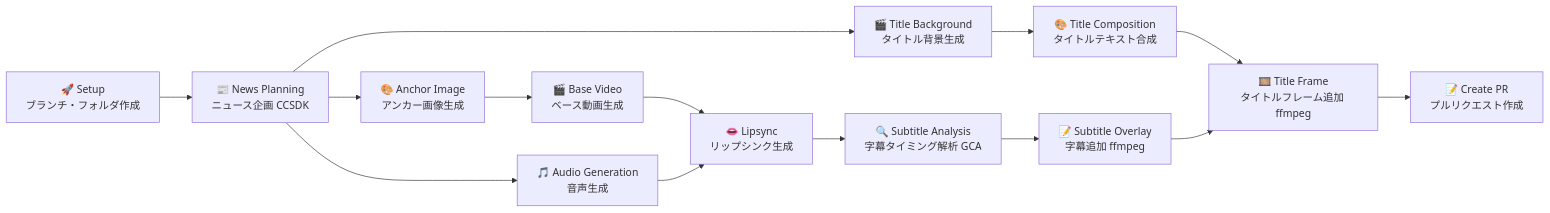
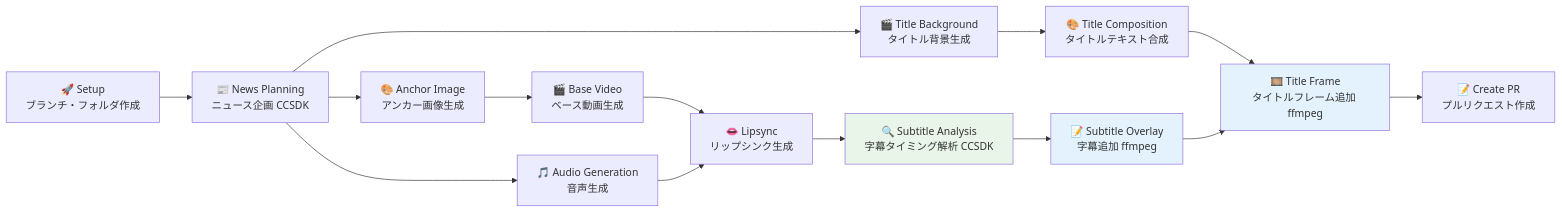
One commit to wit-maker/Gemini-Image-to-Video-Generation changed the second of 13 diagrams in module-workflow/README.md. Above: the diagram before and after it, drawn with Mermaid. The commit also changed other lines of this file and 21 other files, not shown here.

````diff
--- a/module-workflow/README.md
+++ b/module-workflow/README.md
@@ -53,16 +60,25 @@
 ```mermaid
 graph LR
     A[🚀 Setup<br/>ブランチ・フォルダ作成] --> B[📰 News Planning<br/>ニュース企画 CCSDK]
+    
     B --> C[🎨 Anchor Image<br/>アンカー画像生成]
+    B --> E[🎵 Audio Generation<br/>音声生成]
+    B --> I[🎬 Title Background<br/>タイトル背景生成]
+    
     C --> D[🎬 Base Video<br/>ベース動画生成]
-    B --> E[🎵 Audio Generation<br/>音声生成]
     D --> F[👄 Lipsync<br/>リップシンク生成]
     E --> F
-    F --> G[🔍 Subtitle Analysis<br/>字幕タイミング解析 GCA]
+    
+    F --> G[🔍 Subtitle Analysis<br/>字幕タイミング解析 CCSDK]
     G --> H[📝 Subtitle Overlay<br/>字幕追加 ffmpeg]
-    B --> I[🎬 Title Background<br/>タイトル背景生成]
+    
     I --> J[🎨 Title Composition<br/>タイトルテキスト合成]
     J --> K[🎞️ Title Frame<br/>タイトルフレーム追加 ffmpeg]
     H --> K
+    
     K --> L[📝 Create PR<br/>プルリクエスト作成]
+    
+    style G fill:#e8f5e8
+    style H fill:#e3f2fd
+    style K fill:#e3f2fd
 ```
````
